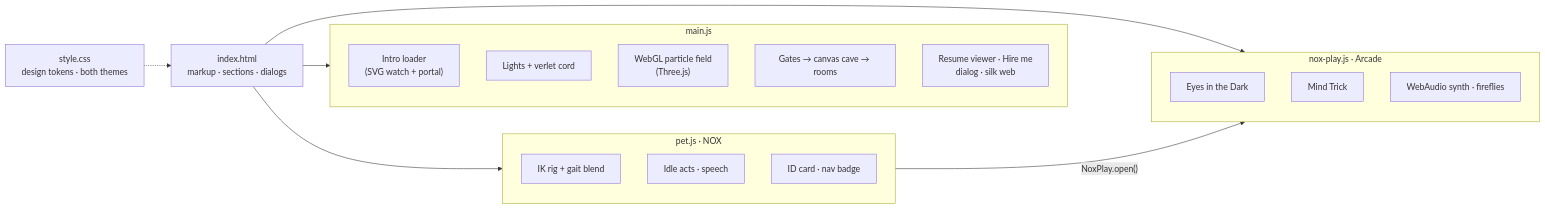
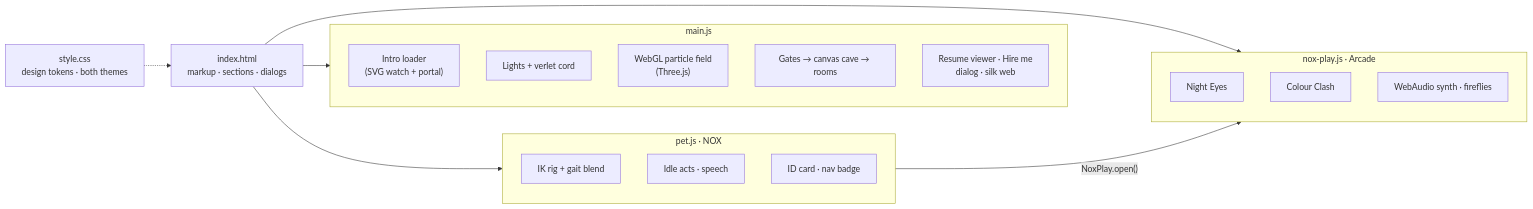
One commit to adityagrinds/aboutaditya changed the diagram in README.md. Above: the diagram before and after it, drawn with Mermaid. The commit also changed other lines of this file and 4 other files, not shown here.

````diff
--- a/README.md
+++ b/README.md
@@ -98,32 +102,32 @@
 ```mermaid
 flowchart LR
     HTML["index.html<br/>markup · sections · dialogs"] --> MAIN
     HTML --> PET
     HTML --> PLAY
     CSS["style.css<br/>design tokens · both themes"] -.-> HTML
 
     subgraph MAIN["main.js"]
       direction TB
       L1["Intro loader<br/>(SVG watch + portal)"]
       L2["Lights + verlet cord"]
       L3["WebGL particle field<br/>(Three.js)"]
       L4["Gates → canvas cave → rooms"]
       L5["Resume viewer · Hire me<br/>dialog · silk web"]
     end
 
     subgraph PET["pet.js · NOX"]
       direction TB
       P1["IK rig + gait blend"]
       P2["Idle acts · speech"]
       P3["ID card · nav badge"]
     end
 
     subgraph PLAY["nox-play.js · Arcade"]
       direction TB
-      G1["Eyes in the Dark"]
-      G2["Mind Trick"]
+      G1["Night Eyes"]
+      G2["Colour Clash"]
       G3["WebAudio synth · fireflies"]
     end
 
     PET -- "NoxPlay.open()" --> PLAY
 ```
````
